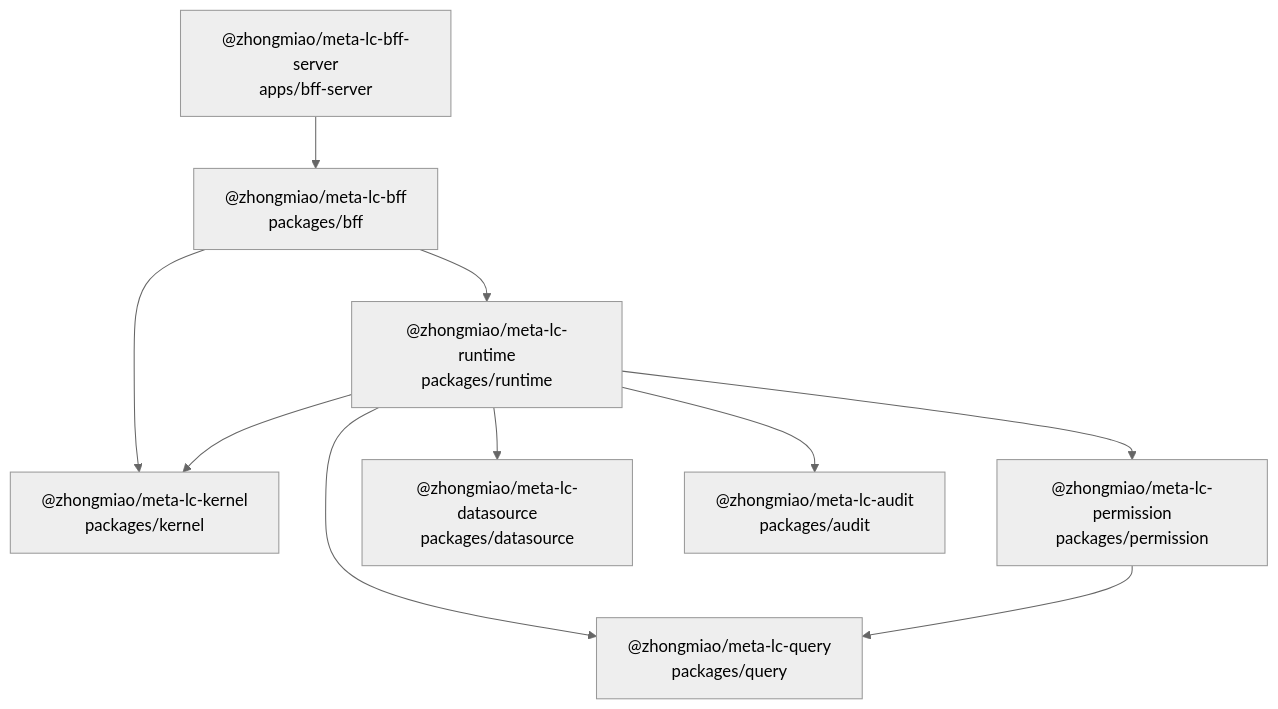
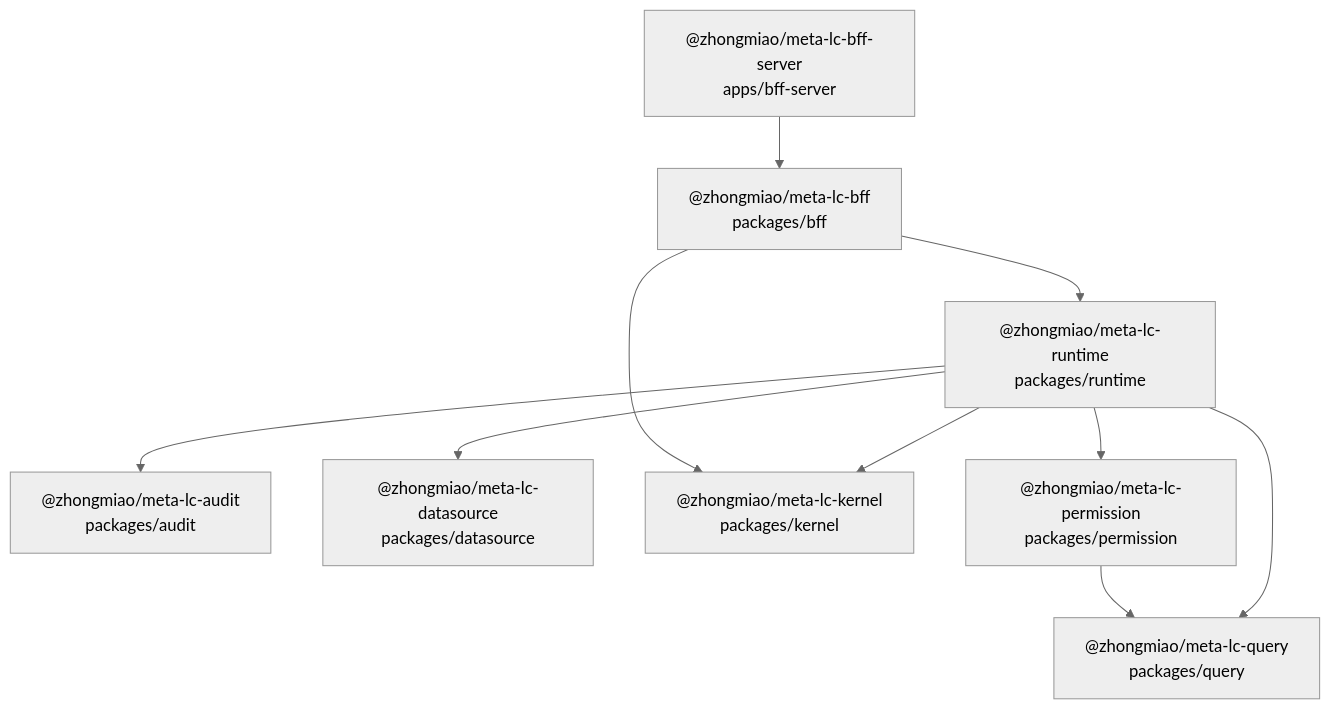
Before and after one commit to zhongmiao-org/meta-lc-platform: the first of 2 diagrams in docs/package-dependency-topology.md, drawn with Mermaid (neutral theme). The commit also changed other lines of this file and 4 other files, not shown here.

````diff
--- a/docs/package-dependency-topology.md
+++ b/docs/package-dependency-topology.md
@@ -13,21 +19,21 @@
 ```mermaid
 flowchart TD
   bff_server["@zhongmiao/meta-lc-bff-server<br/>apps/bff-server"]
+  audit["@zhongmiao/meta-lc-audit<br/>packages/audit"]
   bff["@zhongmiao/meta-lc-bff<br/>packages/bff"]
-  runtime["@zhongmiao/meta-lc-runtime<br/>packages/runtime"]
+  datasource["@zhongmiao/meta-lc-datasource<br/>packages/datasource"]
   kernel["@zhongmiao/meta-lc-kernel<br/>packages/kernel"]
   permission["@zhongmiao/meta-lc-permission<br/>packages/permission"]
   query["@zhongmiao/meta-lc-query<br/>packages/query"]
-  datasource["@zhongmiao/meta-lc-datasource<br/>packages/datasource"]
-  audit["@zhongmiao/meta-lc-audit<br/>packages/audit"]
+  runtime["@zhongmiao/meta-lc-runtime<br/>packages/runtime"]
 
-  bff_server --> bff
   bff --> kernel
   bff --> runtime
+  bff_server --> bff
+  permission --> query
   runtime --> audit
   runtime --> datasource
   runtime --> kernel
   runtime --> permission
   runtime --> query
-  permission --> query
 ```
````
